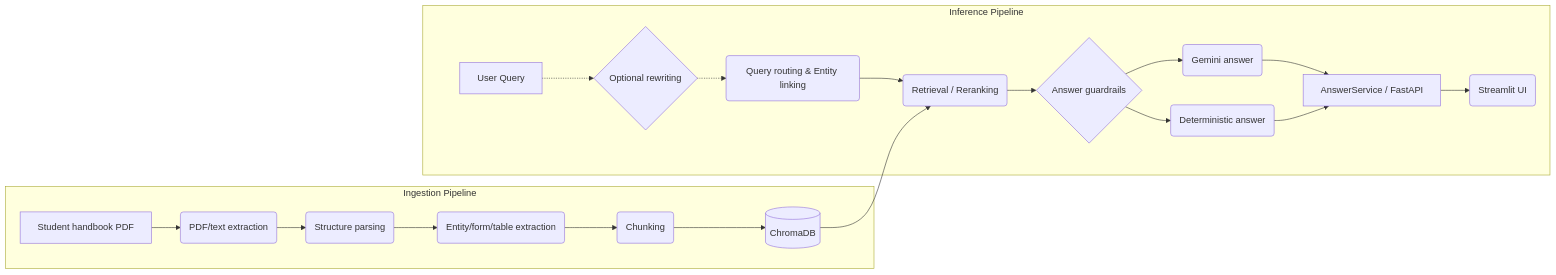
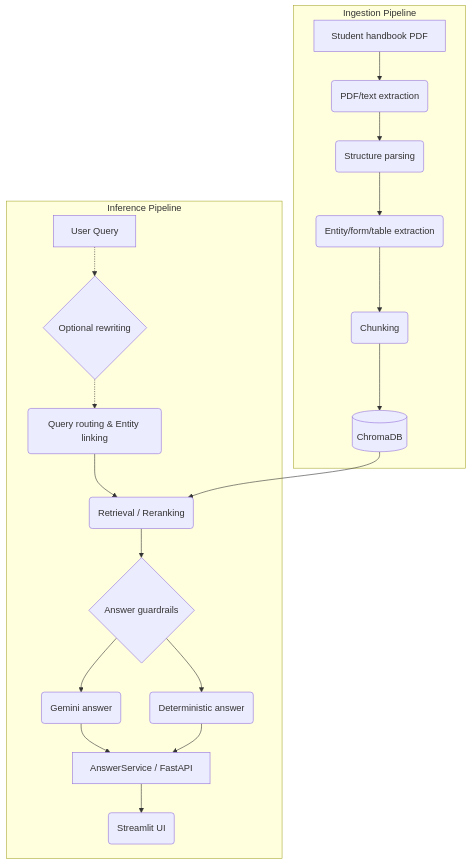
Before and after one commit to AnhPhiNe/student-handbook-rag-chatbot: the diagram in README.md, drawn with Mermaid. The commit also changed other lines of this file, not shown here.

Commit message:
docs: refine README layout by removing logo, cleaning intro, and fixing diagram symmetry

````diff
--- a/README.md
+++ b/README.md
@@ -50,23 +43,23 @@
 ```mermaid
-graph LR
+graph TD
     subgraph Ingestion Pipeline
         A[Student handbook PDF] --> B(PDF/text extraction)
         B --> C(Structure parsing)
         C --> D(Entity/form/table extraction)
         D --> E(Chunking)
         E --> F[(ChromaDB)]
     end
     
     subgraph Inference Pipeline
         Q[User Query] -.-> G{Optional rewriting}
         G -.-> H(Query routing & Entity linking)
         H --> I(Retrieval / Reranking)
         F --> I
         I --> J{Answer guardrails}
         J --> K(Gemini answer)
         J --> L(Deterministic answer)
         K --> M[AnswerService / FastAPI]
         L --> M
         M --> N(Streamlit UI)
     end
 ```
````
